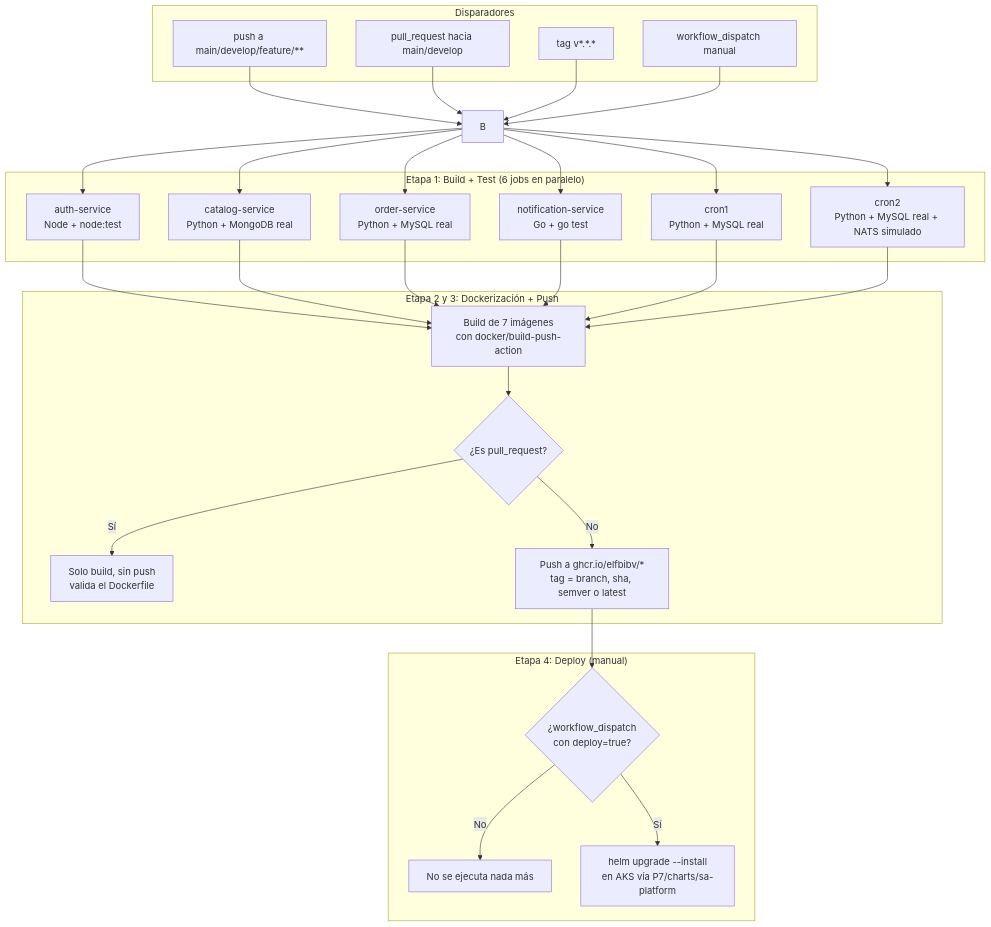
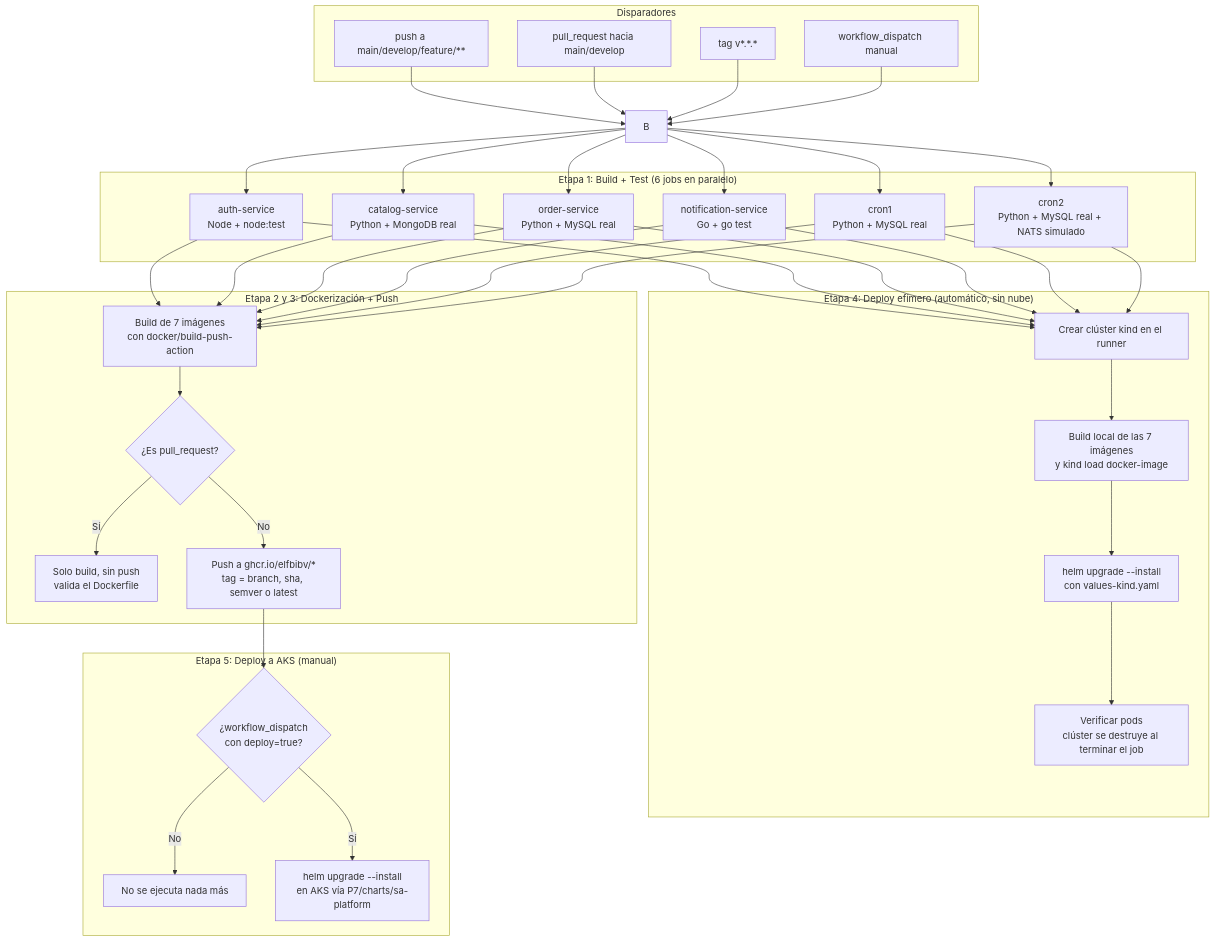
Before and after one commit to ELFBIBv/Practicas-SA-B-202203856: the diagram in P7/README.md, drawn with Mermaid. The commit also changed other lines of this file and 3 other files, not shown here.

Commit message:
add: se agregaron las pruebas automatizadas (CD) de despliegue en kind

````diff
--- a/P7/README.md
+++ b/P7/README.md
@@ -17,41 +18,50 @@
 ```mermaid
 flowchart TD
     subgraph Disparadores
         A1[push a main/develop/feature/**] 
         A2[pull_request hacia main/develop]
         A3[tag v*.*.*]
         A4[workflow_dispatch manual]
     end
 
     A1 --> B
     A2 --> B
     A3 --> B
     A4 --> B
 
     subgraph "Etapa 1: Build + Test (6 jobs en paralelo)"
         B1[auth-service\nNode + node:test]
         B2[catalog-service\nPython + MongoDB real]
         B3[order-service\nPython + MySQL real]
         B4[notification-service\nGo + go test]
         B5[cron1\nPython + MySQL real]
         B6[cron2\nPython + MySQL real + NATS simulado]
     end
     B --> B1 & B2 & B3 & B4 & B5 & B6
 
     B1 & B2 & B3 & B4 & B5 & B6 --> C
 
     subgraph "Etapa 2 y 3: Dockerización + Push"
         C[Build de 7 imágenes\ncon docker/build-push-action]
         C --> D{"¿Es pull_request?"}
         D -- Sí --> E[Solo build, sin push\nvalida el Dockerfile]
         D -- No --> F[Push a ghcr.io/elfbibv/*\ntag = branch, sha, semver o latest]
     end
 
+    B1 & B2 & B3 & B4 & B5 & B6 --> K
+
+    subgraph "Etapa 4: Deploy efímero (automático, sin nube)"
+        K[Crear clúster kind en el runner]
+        K --> K1[Build local de las 7 imágenes\ny kind load docker-image]
+        K1 --> K2[helm upgrade --install\ncon values-kind.yaml]
+        K2 --> K3[Verificar pods\nclúster se destruye al terminar el job]
+    end
+
     F --> G
 
-    subgraph "Etapa 4: Deploy (manual)"
+    subgraph "Etapa 5: Deploy a AKS (manual)"
         G{"¿workflow_dispatch\ncon deploy=true?"}
         G -- No --> H[No se ejecuta nada más]
         G -- Sí --> I[helm upgrade --install\nen AKS vía P7/charts/sa-platform]
     end
 ```
````
